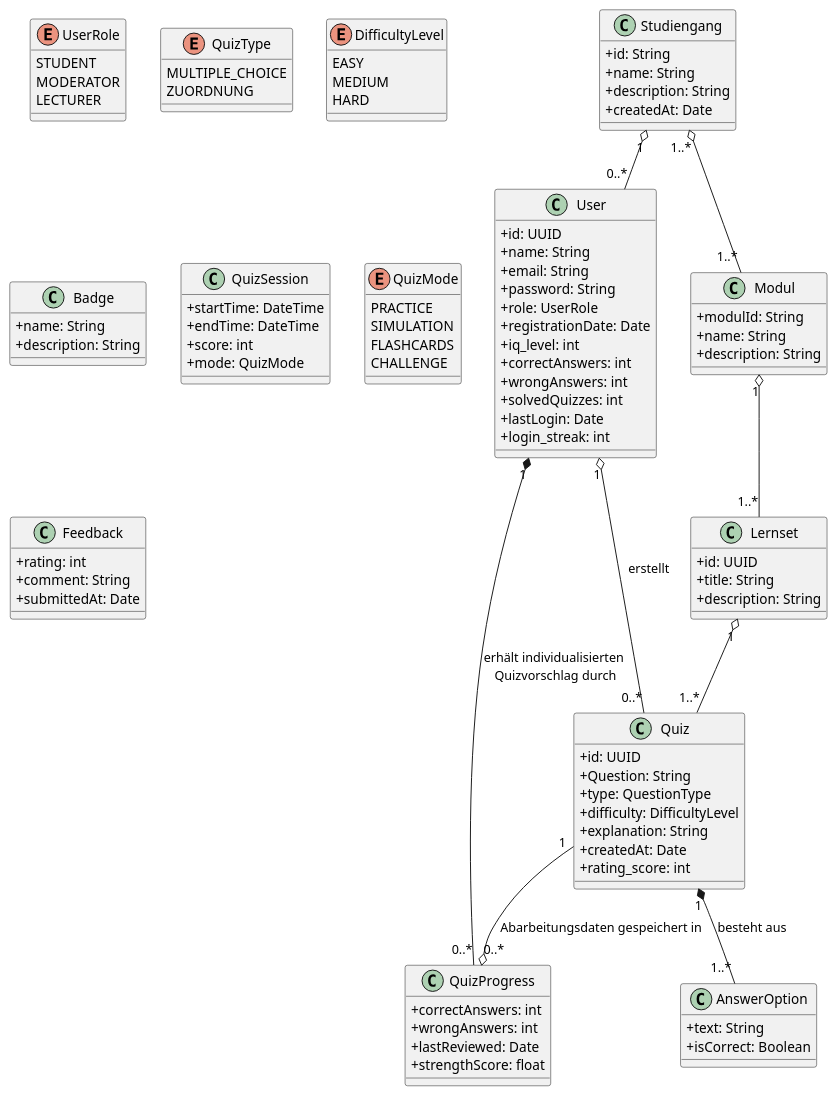
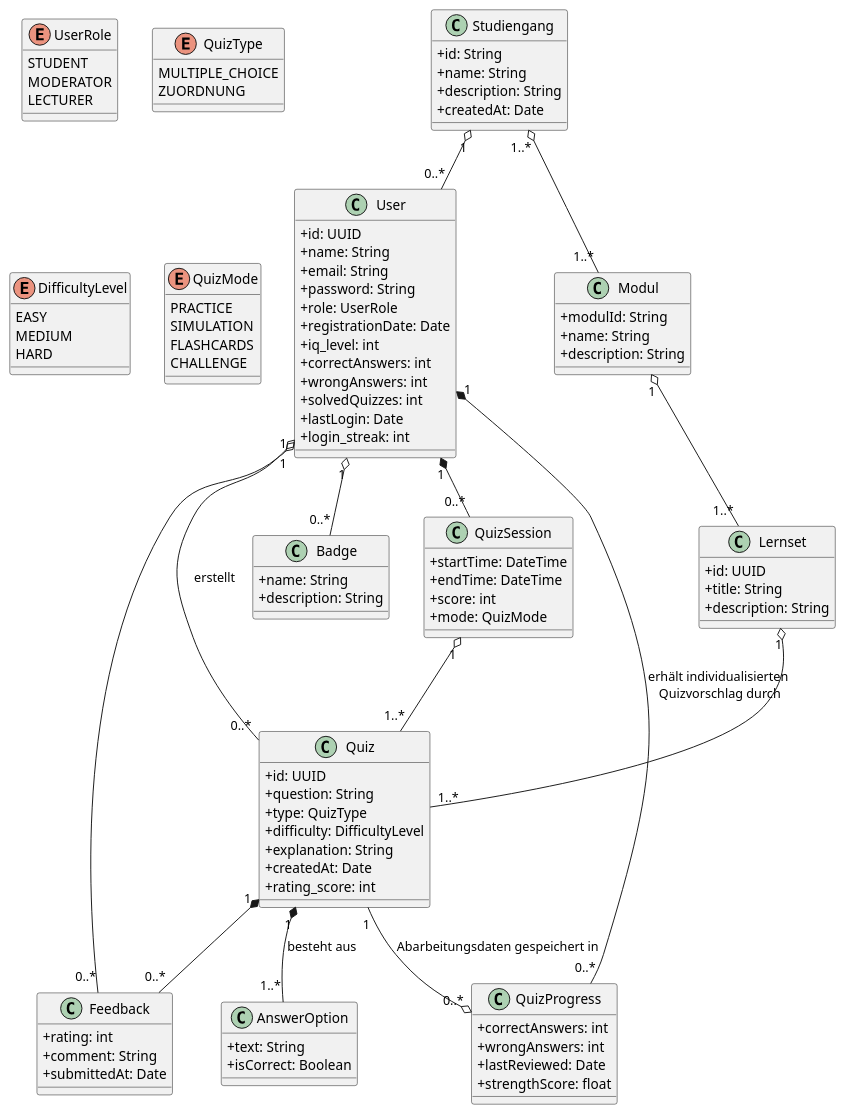
The diagram in docs/requirements/images/dommodell.puml (Gorg-tech/StudIQ), drawn with PlantUML before and after one commit.

```diff
--- a/docs/requirements/images/dommodell.puml
+++ b/docs/requirements/images/dommodell.puml
@@ -1,131 +1,131 @@
 @startuml
 skinparam classAttributeIconSize 0
 
 ' ----------------------------
 '      Entitäten / Klassen
 ' ----------------------------
 
 class User {
   +id: UUID
   +name: String
   +email: String
   +password: String
   +role: UserRole
   +registrationDate: Date
   +iq_level: int
   +correctAnswers: int
   +wrongAnswers: int
   +solvedQuizzes: int 
   +lastLogin: Date
   'zusätzliche Speicherung der solvedQuizzes, 
   'da bei Referenz auf Quiz nach Löschen dieses Probleme entstehen
   +login_streak: int
 }
 
 enum UserRole {
   STUDENT
   MODERATOR
   LECTURER
 }
 
 class Modul {
   +modulId: String
   +name: String
   '+semester: String
   +description: String
 }
 
 class Lernset {
   +id: UUID
   +title: String
   +description: String
 }
 
 class Quiz {
   +id: UUID
-  +Question: String
-  +type: QuestionType
+  +question: String
+  +type: QuizType
   +difficulty: DifficultyLevel
   +explanation: String
   +createdAt: Date
   +rating_score: int
 }
 
 enum QuizType {
   MULTIPLE_CHOICE
   'FREITEXT
   ZUORDNUNG
 }
 
 enum DifficultyLevel {
   EASY
   MEDIUM
   HARD
 }
 
 class AnswerOption {
   +text: String
   +isCorrect: Boolean
 }
 
 class QuizProgress {
   +correctAnswers: int
   +wrongAnswers: int
   +lastReviewed: Date
   +strengthScore: float
 }
 
 class Badge {
   +name: String
   +description: String
 }
 
 class QuizSession {
   +startTime: DateTime
   +endTime: DateTime
   +score: int
   +mode: QuizMode
 }
 
 enum QuizMode {
   PRACTICE
   SIMULATION
   FLASHCARDS
   CHALLENGE
 }
 
 class Feedback {
   +rating: int
   +comment: String
   +submittedAt: Date
 }
 
 class Studiengang {
   +id: String
   +name: String
   +description: String
   +createdAt: Date
 }
 
 
 ' ----------------------------
 '      Beziehungen
 ' ----------------------------
 User "1" *-- "0..*" QuizProgress : erhält individualisierten\n Quizvorschlag durch
-'User "1" *-- "0..*" QuizSession
-'User "1" o-- "0..*" Feedback
-'User "1" o-- "0..*" Badge
+User "1" *-- "0..*" QuizSession
+User "1" o-- "0..*" Feedback
+User "1" o-- "0..*" Badge
 User "1" o-- "0..*" Quiz : erstellt
 Studiengang "1" o-- "0..*" User
 
 'User "1" -- "0..*" StudyGroup : istMitglied
 'StudyGroup "1" -- "0..*" QuizSession : gemeinsameQuizze
 
 Modul "1" o-- "1..*" Lernset
 Lernset "1" o-- "1..*" Quiz
 Quiz "1" *-- "1..*" AnswerOption : besteht aus
-'Quiz "1" *-- "0..*" Feedback
+Quiz "1" *-- "0..*" Feedback
 Quiz "1" --o "0..*" QuizProgress : Abarbeitungsdaten gespeichert in
-'Quiz "0..*" -- "1" LearningHistory : Referenz auf 
-Studiengang "1..*" o-- "1..*" Modul 
+Studiengang "1..*" o-- "1..*" Modul
+QuizSession "1" o-- "1..*" Quiz
 @enduml
```
